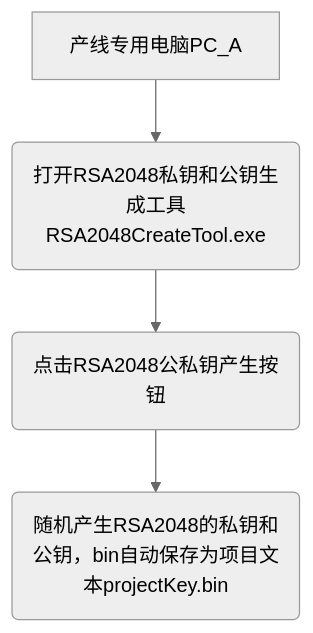
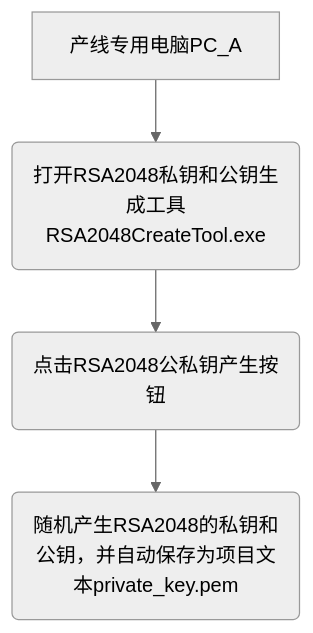
Before and after one commit to facebook-cloud/iodraw-files: the diagram in all/未命名-10.md, drawn with Mermaid (neutral theme).

Commit message:
2026-01-06 20:28:16 update

````diff
--- a/all/未命名-10.md
+++ b/all/未命名-10.md
@@ -1,6 +1,6 @@
 ```mermaid
 graph TD
     A[产线专用电脑PC_A] --> B(打开RSA2048私钥和公钥生成工具RSA2048CreateTool.exe)
     B --> C(点击RSA2048公私钥产生按钮)
-    C --> F(随机产生RSA2048的私钥和公钥，bin自动保存为项目文本projectKey.bin)
+    C --> F(随机产生RSA2048的私钥和公钥，并自动保存为项目文本private_key.pem)
 ```
````
